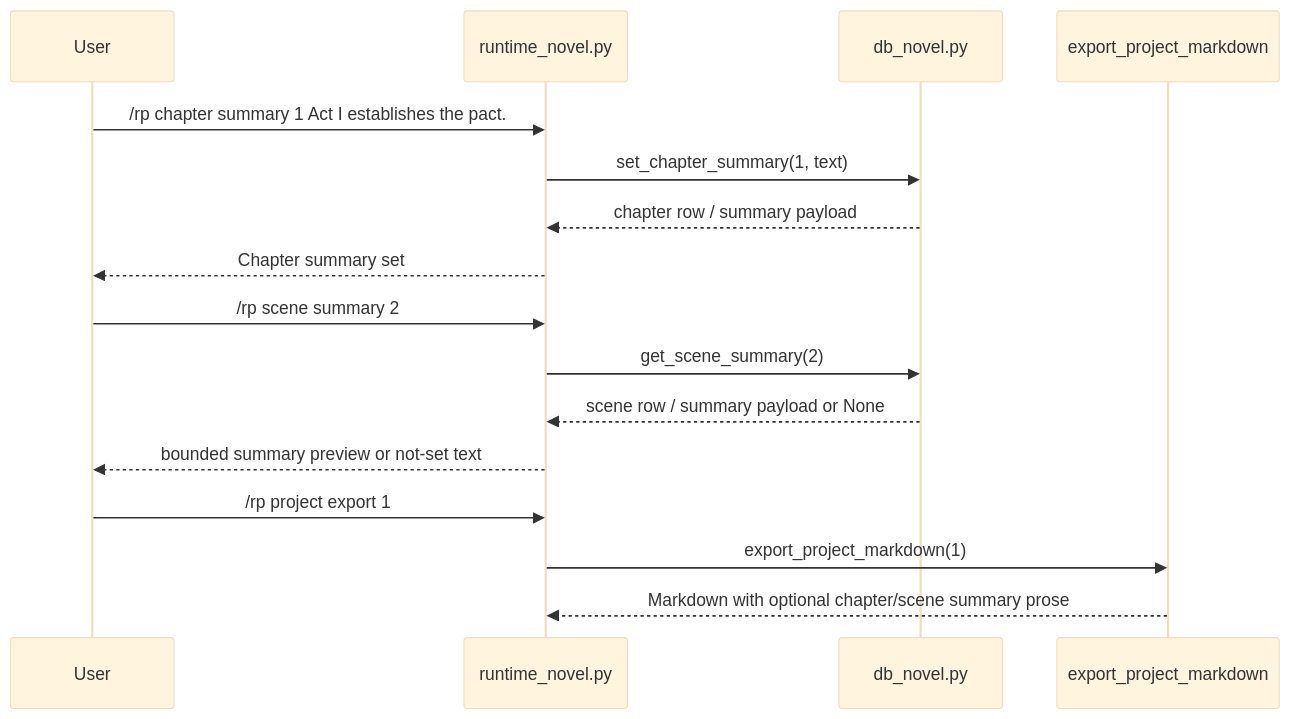
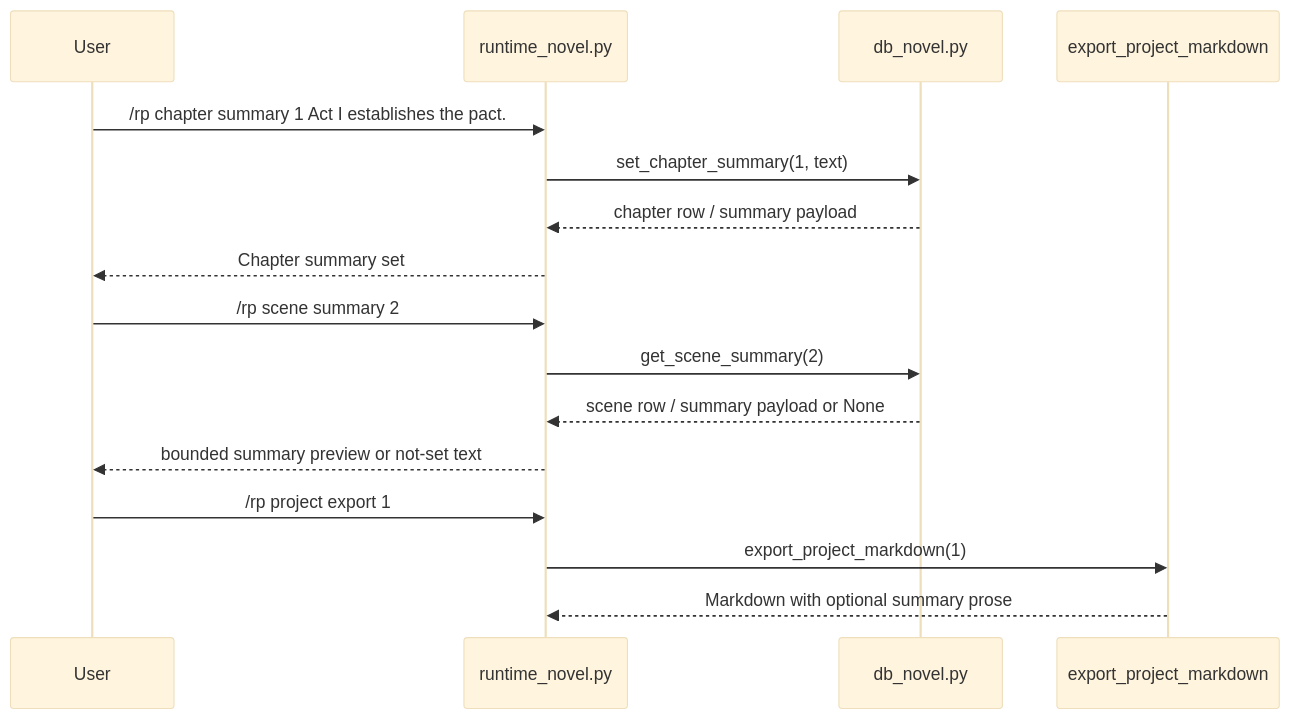
Before and after one commit to gchigoo/hermes-tavern: the diagram in design/codestable/features/2026-06-04-hermes-tavern-phase129-chapter-scene-summaries/design.md, drawn with Mermaid (base theme). The commit also changed other lines of this file and 4 other files, not shown here.

````diff
--- a/design/codestable/features/2026-06-04-hermes-tavern-phase129-chapter-scene-summaries/design.md
+++ b/design/codestable/features/2026-06-04-hermes-tavern-phase129-chapter-scene-summaries/design.md
@@ -130,21 +124,21 @@
 ```mermaid
 sequenceDiagram
     participant User
     participant Runtime as runtime_novel.py
     participant Store as db_novel.py
     participant Export as export_project_markdown
 
     User->>Runtime: /rp chapter summary 1 Act I establishes the pact.
     Runtime->>Store: set_chapter_summary(1, text)
     Store-->>Runtime: chapter row / summary payload
     Runtime-->>User: Chapter summary set
 
     User->>Runtime: /rp scene summary 2
     Runtime->>Store: get_scene_summary(2)
     Store-->>Runtime: scene row / summary payload or None
     Runtime-->>User: bounded summary preview or not-set text
 
     User->>Runtime: /rp project export 1
     Runtime->>Export: export_project_markdown(1)
-    Export-->>Runtime: Markdown with optional chapter/scene summary prose
+    Export-->>Runtime: Markdown with optional summary prose
 ```
````
